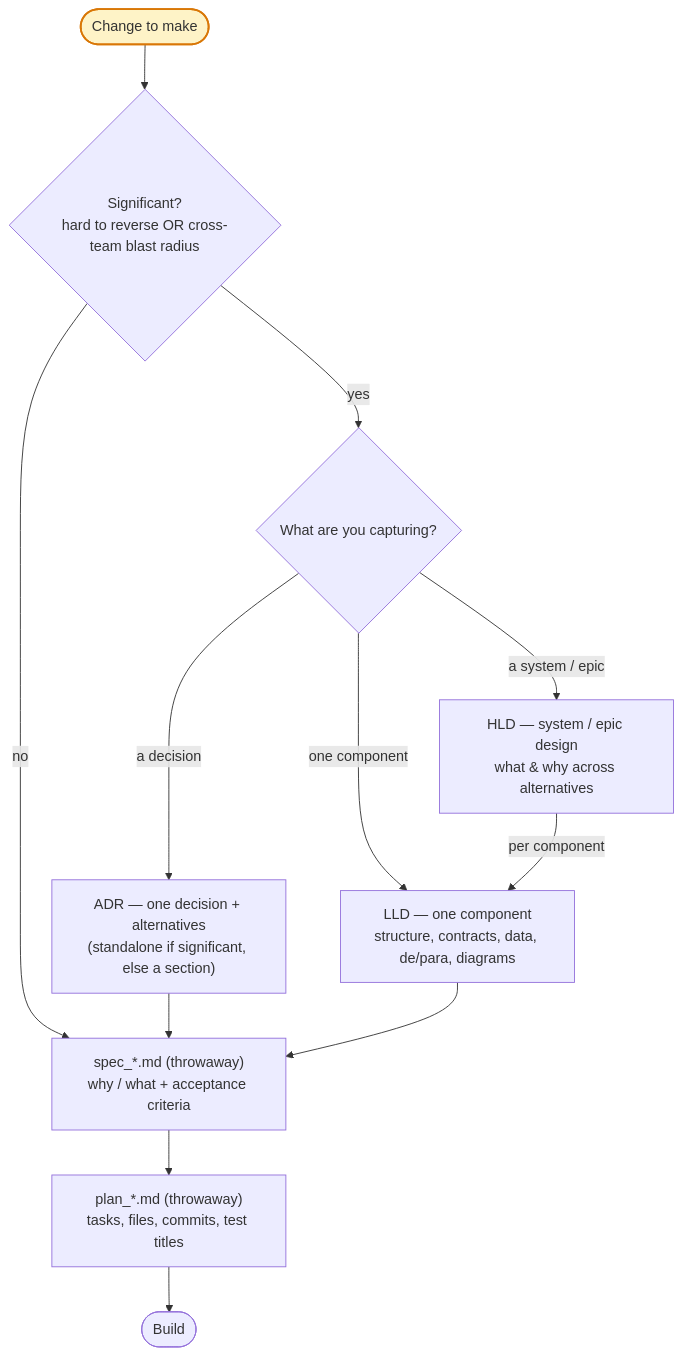
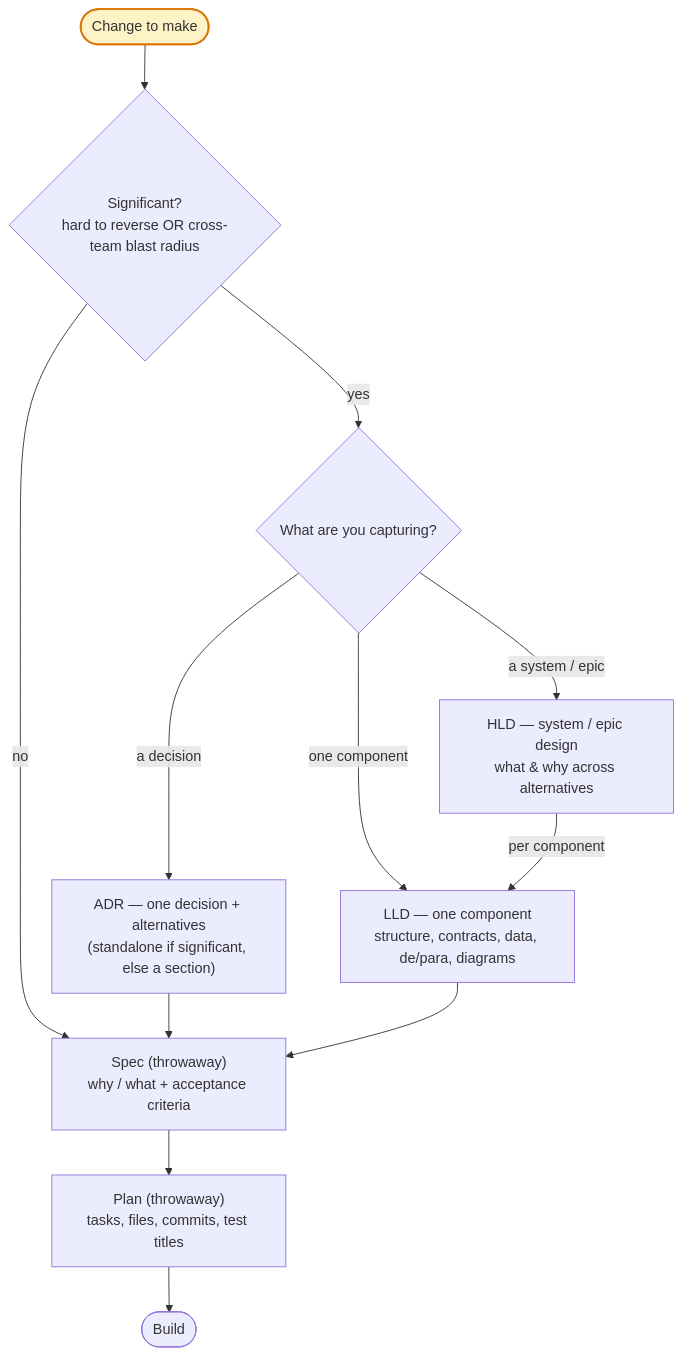
One commit to brunogsa/unix-utils changed the diagram in configs/ai-docs/claude/skills/design-docs/SKILL.md. Above: the diagram before and after it, drawn with Mermaid. The commit also changed other lines of this file and 19 other files, not shown here.

First line of the commit message:
docs(skills): name the spec and plan in prose, not by filename

````diff
--- a/configs/ai-docs/claude/skills/design-docs/SKILL.md
+++ b/configs/ai-docs/claude/skills/design-docs/SKILL.md
@@ -126,28 +126,28 @@
 ```mermaid
 flowchart TD
   start(["Change to make"]):::start
   q1{"Significant?<br/>hard to reverse OR cross-team blast radius"}
   q2{"What are you capturing?"}
 
   adr["ADR — one decision + alternatives<br/>(standalone if significant, else a section)"]
   hld["HLD — system / epic design<br/>what & why across alternatives"]
   lld["LLD — one component<br/>structure, contracts, data, de/para, diagrams"]
 
-  spec["spec_*.md (throwaway)<br/>why / what + acceptance criteria"]
-  plan["plan_*.md (throwaway)<br/>tasks, files, commits, test titles"]
+  spec["Spec (throwaway)<br/>why / what + acceptance criteria"]
+  plan["Plan (throwaway)<br/>tasks, files, commits, test titles"]
   build(["Build"])
 
   start --> q1
   q1 -->|"no"| spec
   q1 -->|"yes"| q2
   q2 -->|"a decision"| adr
   q2 -->|"a system / epic"| hld
   q2 -->|"one component"| lld
   hld -->|"per component"| lld
   adr --> spec
   lld --> spec
   spec --> plan
   plan --> build
 
   classDef start fill:#fef3c7,stroke:#d97706,stroke-width:2px
 ```
````
